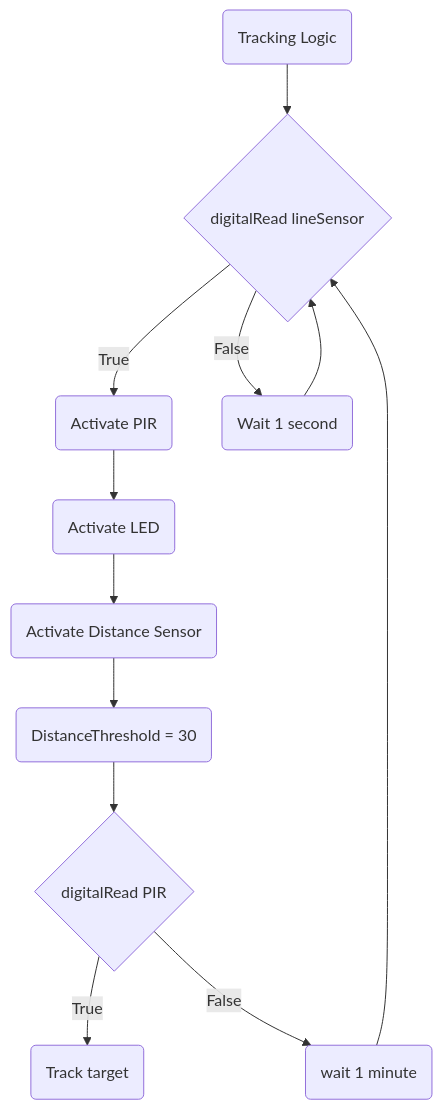
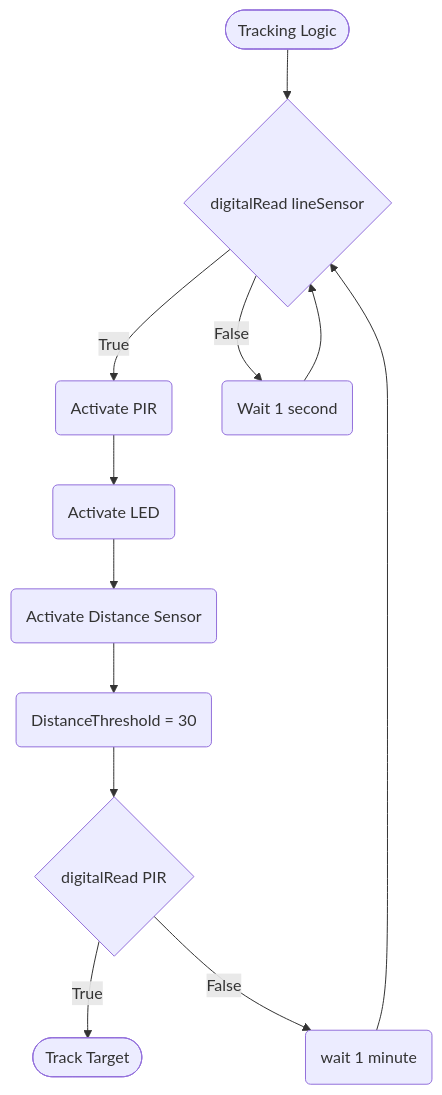
The second of 3 diagrams in logic.md (Zac2259/Smart-Turret), drawn with Mermaid before and after one commit. The commit also changed other lines of this file, not shown here.

````diff
--- a/logic.md
+++ b/logic.md
@@ -21,25 +20,25 @@
 ```mermaid
 flowchart TD
 %%Tracking logic
-Tracking(Tracking Logic)
+terminalStart2([Tracking Logic])
+terminalEnd2([Track Target])
 Readline{digitalRead lineSensor}
 activatepir(Activate PIR)
 activatedistance(Activate Distance Sensor)
 activateLED(Activate LED)
 loop2(Wait 1 second)
 distance(DistanceThreshold = 30)
 ReadPIR{digitalRead PIR}
-track(Track target)
 loop3(wait 1 minute)
-Tracking --> Readline
+terminalStart2 --> Readline
 Readline --> |True| activatepir
 activatepir --> activateLED
 Readline --> |False| loop2
 loop2 --> Readline
 activateLED --> activatedistance
 activatedistance --> distance
 distance --> ReadPIR
-ReadPIR --> |True| track
+ReadPIR --> |True| terminalEnd2
 ReadPIR --> |False| loop3
 loop3 --> Readline
 ```
````
